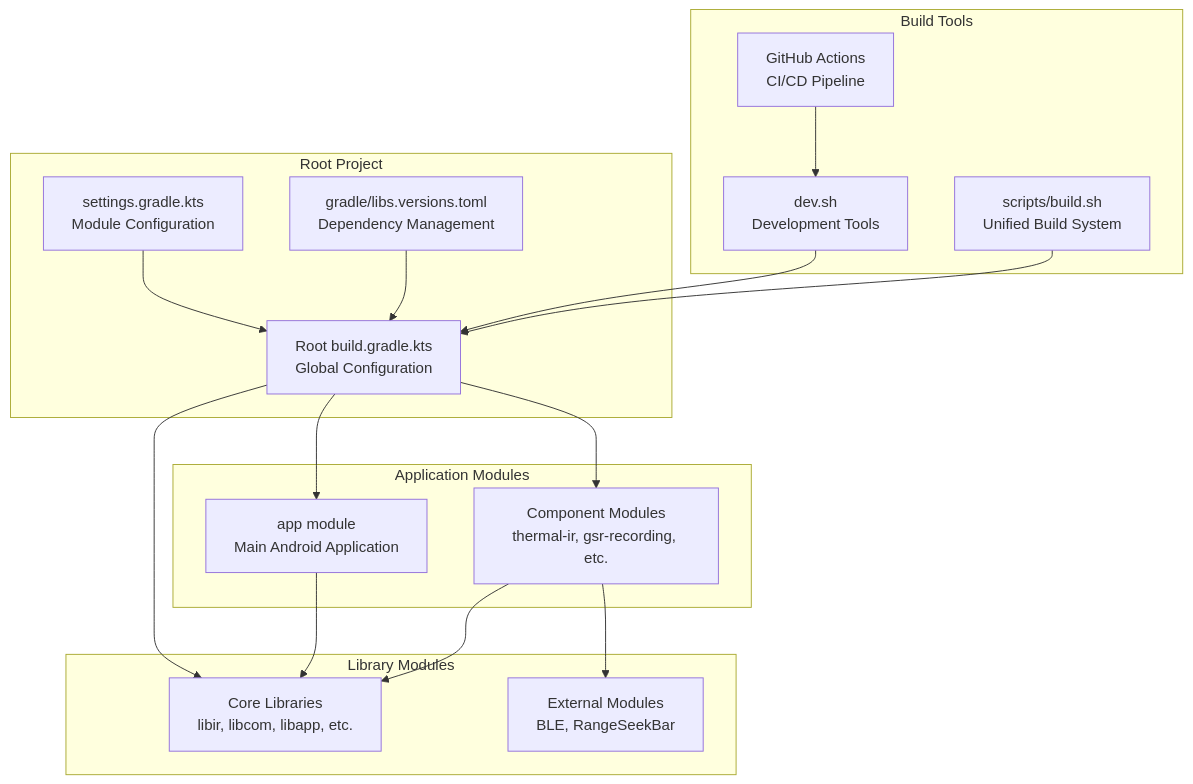
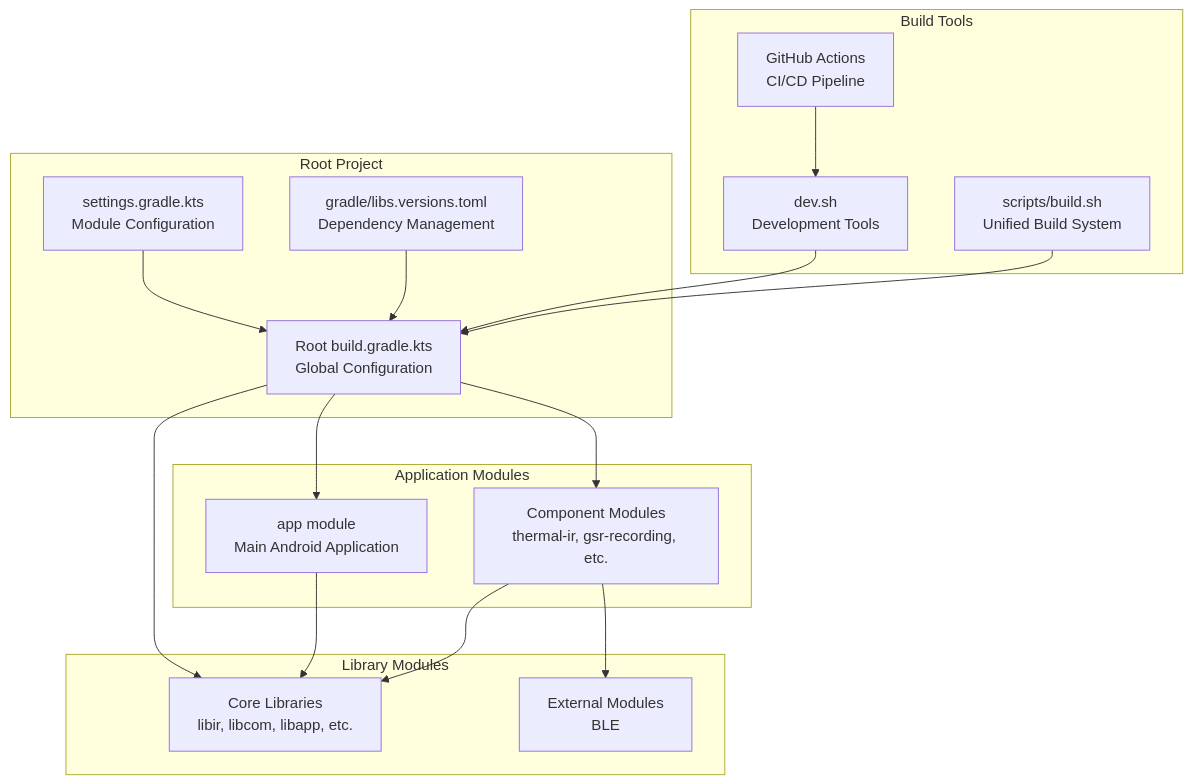
The tenth of 11 diagrams in docs/ARCHITECTURE.md (uclgsr/IRCamera), drawn with Mermaid before and after one commit. The commit also changed other lines of this file and 30 other files, not shown here.

Commit message:
Remove redundant RangeSeekBar standalone module

````diff
--- a/docs/ARCHITECTURE.md
+++ b/docs/ARCHITECTURE.md
@@ -620,38 +619,38 @@
 ```mermaid
 graph TB
     subgraph "Root Project"
         RootBuild[Root build.gradle.kts<br/>Global Configuration]
         Settings[settings.gradle.kts<br/>Module Configuration]
         VersionCatalog[gradle/libs.versions.toml<br/>Dependency Management]
     end
     
     subgraph "Application Modules"
         AppModule[app module<br/>Main Android Application]
         ComponentModules[Component Modules<br/>thermal-ir, gsr-recording, etc.]
     end
     
     subgraph "Library Modules"
         CoreLibraries[Core Libraries<br/>libir, libcom, libapp, etc.]
-        ExternalModules[External Modules<br/>BLE, RangeSeekBar]
+        ExternalModules[External Modules<br/>BLE]
     end
     
     subgraph "Build Tools"
         DevScript[dev.sh<br/>Development Tools]
         BuildScript[scripts/build.sh<br/>Unified Build System]
         CIWorkflow[GitHub Actions<br/>CI/CD Pipeline]
     end
     
     RootBuild --> AppModule
     RootBuild --> ComponentModules
     RootBuild --> CoreLibraries
     Settings --> RootBuild
     VersionCatalog --> RootBuild
     
     AppModule --> CoreLibraries
     ComponentModules --> CoreLibraries
     ComponentModules --> ExternalModules
     
     DevScript --> RootBuild
     BuildScript --> RootBuild
     CIWorkflow --> DevScript
 ```
````
